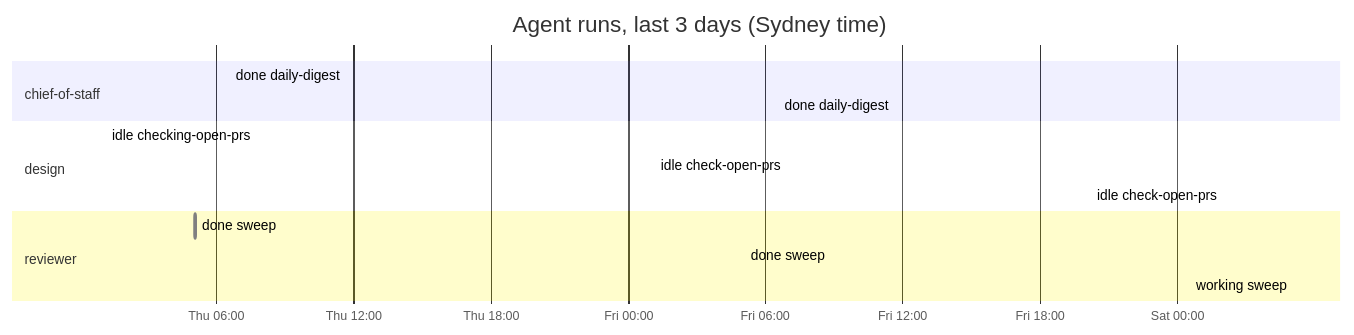
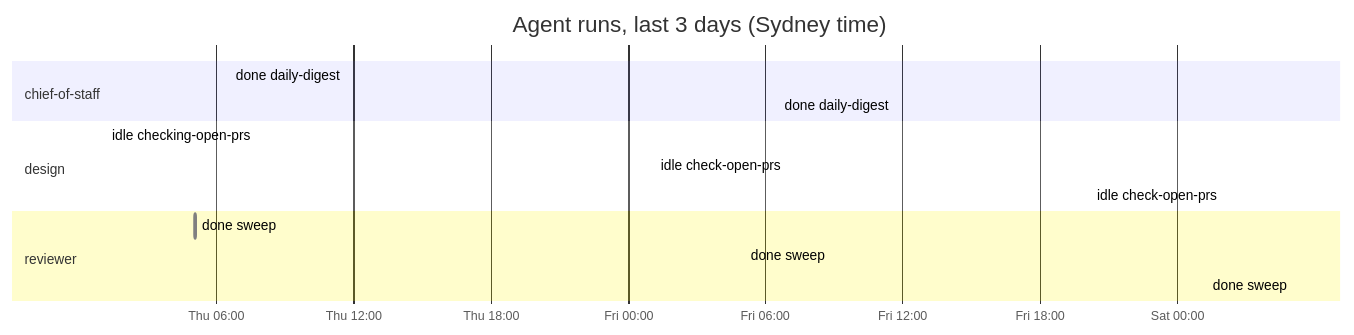
One commit to roulmediateam-byte/fifteen-expert-hq changed the diagram in dashboard.md. Above: the diagram before and after it, drawn with Mermaid. The commit also changed other lines of this file and 1 other file, not shown here.

````diff
--- a/dashboard.md
+++ b/dashboard.md
@@ -39,17 +39,17 @@
 ```mermaid
 gantt
     title Agent runs, last 3 days (Sydney time)
     dateFormat YYYY-MM-DD HH:mm
     axisFormat %a %H:%M
     section chief-of-staff
     done daily-digest :done, 2026-11-12 06:35, 2026-11-12 06:36
     done daily-digest :done, 2026-11-13 06:34, 2026-11-13 06:36
     section design
     idle checking-open-prs :done, 2026-11-12 01:11, 2026-11-12 01:12
     idle check-open-prs :done, 2026-11-13 01:11, 2026-11-13 01:11
     idle check-open-prs :done, 2026-11-14 02:01, 2026-11-14 02:02
     section reviewer
     done sweep :done, 2026-11-12 05:05, 2026-11-12 05:06
     done sweep :done, 2026-11-13 05:05, 2026-11-13 05:05
-    working sweep :active, 2026-11-14 05:05, 2026-11-14 05:05
+    done sweep :done, 2026-11-14 05:05, 2026-11-14 05:06
 ```
````
